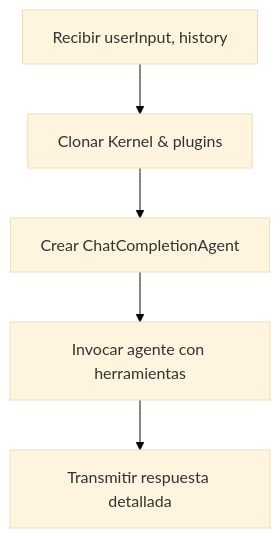
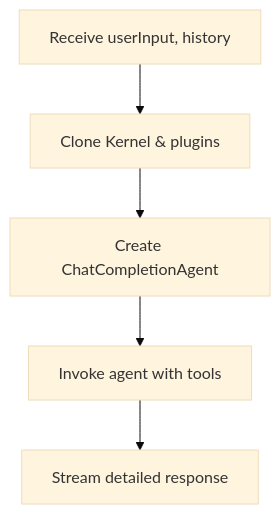
One commit to cfonseca23/CF.AspireApp.Llm changed the third of 7 diagrams in README.md. Above: the diagram before and after it, drawn with Mermaid (base theme). The commit also changed other lines of this file, not shown here.

Commit message:
Actualiza la sección de configuración y uso en README.md, mejora la claridad de los diagramas Mermaid y añade la sección de licencia.

````diff
--- a/README.md
+++ b/README.md
@@ -55,7 +50,7 @@
 ```mermaid
 flowchart TD
-    A[Recibir userInput, history] --> B[Clonar Kernel & plugins]
-    B --> C[Crear ChatCompletionAgent]
-    C --> D[Invocar agente con herramientas]
-    D --> E[Transmitir respuesta detallada]
+    A[Receive userInput, history] --> B[Clone Kernel & plugins]
+    B --> C[Create ChatCompletionAgent]
+    C --> D[Invoke agent with tools]
+    D --> E[Stream detailed response]
 ```
````
